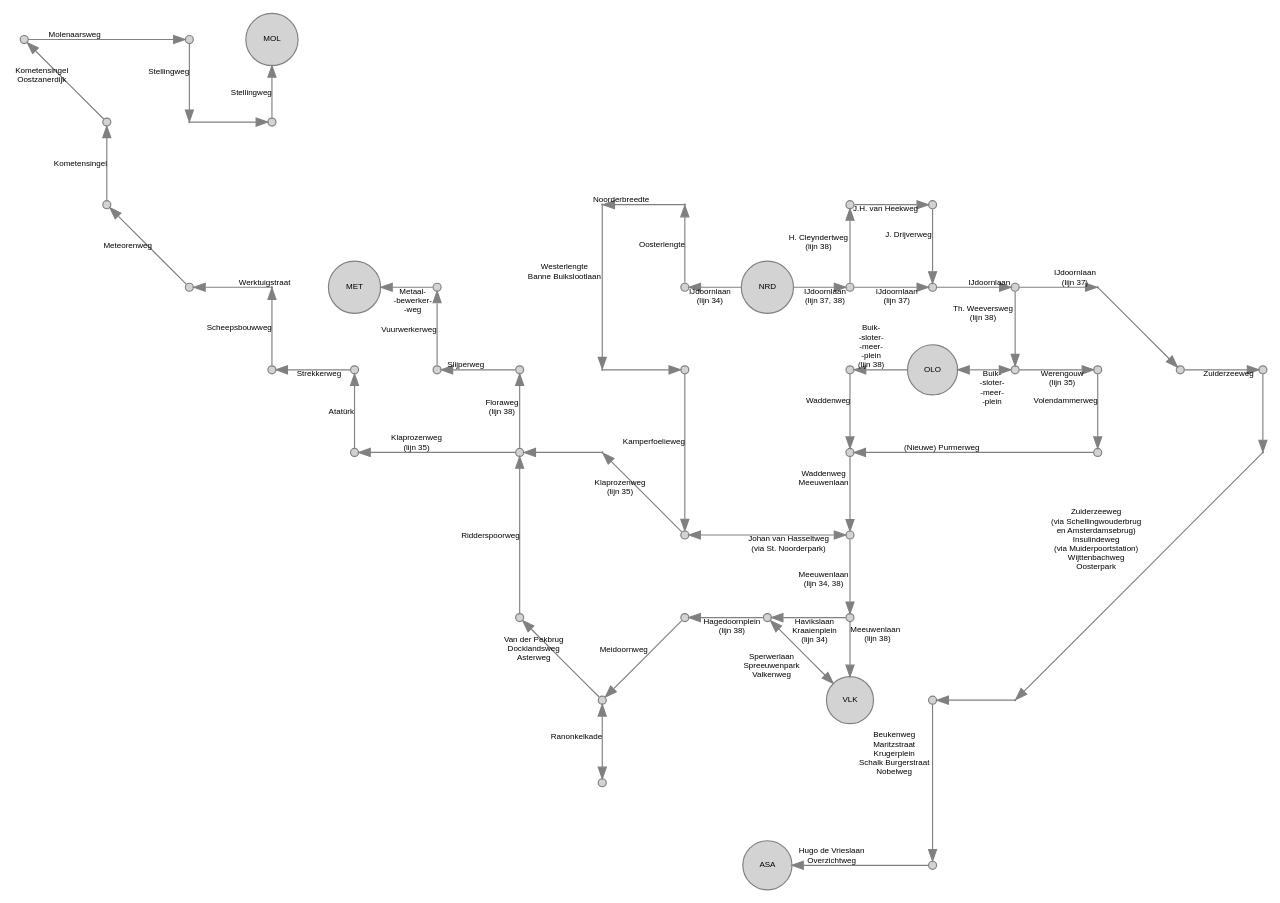
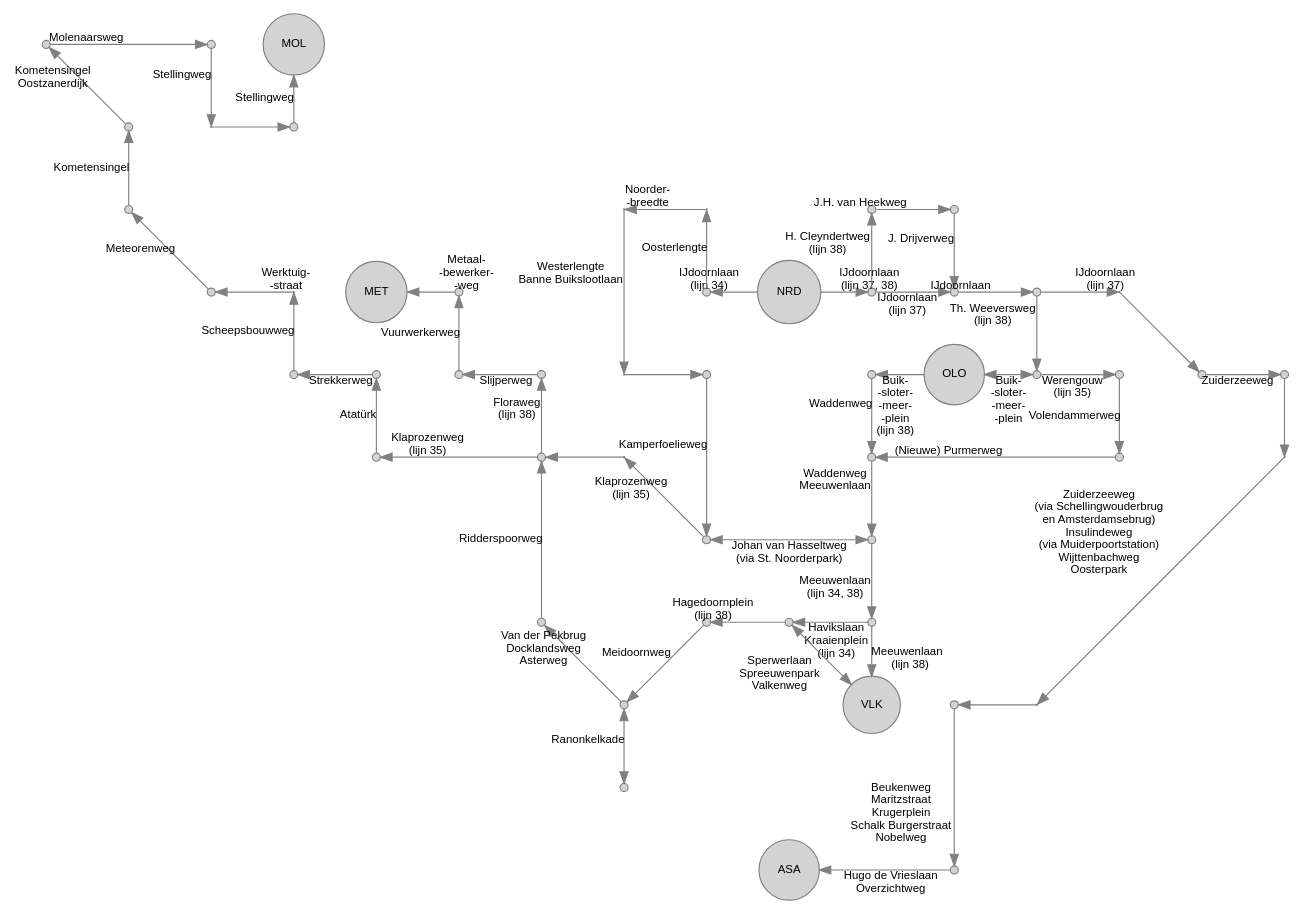
Before and after one commit to JacekPardyak/bus: the diagram in gvb/NRD.gv, drawn with Graphviz. The commit also changed 10 other files, not shown here.

```diff
--- a/gvb/NRD.gv
+++ b/gvb/NRD.gv
@@ -1,170 +1,172 @@
 digraph G {
   layout = neato
-  node [shape = circle, style = filled, fillcolor = lightgray, color=gray, height=0.1, label = "", fontsize = 7, fontname = "Arial"]
-  edge [color=gray, fontsize = 7, fontname = "Arial"]
+  node [shape = circle, style = filled, fillcolor = lightgray, color=gray, height=0.1, label = "", fontsize = 10, fontname = "Arial"]
+  edge [color=gray, fontsize = 10, fontname = "Arial"]
 
   3400 [pos = " 0, 0!", label = "NRD"]
   3401 [pos = "-1, 0!"]
   3402 [pos = "-1, 1!", height=0.01]
   3403 [pos = "-2, 1!", height=0.01]
   3404 [pos = "-2,-1!", height=0.01]
   3405 [pos = "-1,-1!"]
   3406 [pos = "-1,-3!"]
   3407 [pos = " 1,-3!"]
   3408 [pos = " 1,-4!"]
   3409 [pos = " 0,-4!"]
   3410 [pos = " 1,-5!", label = "VLK"]
 
   3501 [pos = " 2,-1!", label = "OLO"]
   3502 [pos = " 3,-1!"]
   3503 [pos = " 4,-1!"]
   3504 [pos = " 4,-2!"]
   3505 [pos = " 1,-2!"]
   3506 [pos = "-2,-2!", height=0.01]
   3507 [pos = "-3,-2!"]
   3508 [pos = "-5,-2!"]
   3509 [pos = "-5,-1!"]
   3510 [pos = "-6,-1!"]
   3511 [pos = "-6, 0!", height=0.01]
   3512 [pos = "-7, 0!"]
   3513 [pos = "-8, 1!"]
   3514 [pos = "-8, 2!"]
   3515 [pos = "-9, 3!"]
   3516 [pos = "-7, 3!"]
   3517 [pos = "-7, 2!", height=0.01]
   3518 [pos = "-6, 2!"]
   3519 [pos = "-6, 3!", label = "MOL"]
   
   3700 [pos = " 3, 0!"]
   3701 [pos = " 4, 0!", height=0.01]
   3702 [pos = " 5,-1!"]
   3703 [pos = " 6,-1!"]
   3704 [pos = " 6,-2!", height=0.01]
   
   3706 [pos = " 3, -5!", height=0.01]
   3707 [pos = " 2, -5!"]
   3708 [pos = " 2, -7!"]
   3710 [pos = " 0, -7!", label = "ASA"]  
   
   
   3801 [pos = " 1, 0!"]
   3802 [pos = " 1, 1!"]
   3803 [pos = " 2, 1!"]
   3804 [pos = " 2, 0!"]
   3805 [pos = " 1,-1!"]
   3806 [pos = "-1,-4!"]
   3807 [pos = "-2,-5!"]
   3808 [pos = "-2,-6!"]
   3809 [pos = "-3,-4!"]
   3810 [pos = "-3,-1!"]
   3811 [pos = "-4,-1!"]
   3812 [pos = "-4, 0!"]
   3813 [pos = "-5, 0!", label = "MET"]
   
   3400 -> 3401 [label = "IJdoornlaan 
  (lijn 34)"]
   3401 -> 3402 [label = "Oosterlengte"]
-  3402 -> 3403 [label = "Noorderbreedte"]
+  3402 -> 3403 [label = "Noorder- 
+ -breedte"]
   3403 -> 3404 [label = "Westerlengte 
  Banne Buikslootlaan"]
   3404 -> 3405 [label = ""]
   3405 -> 3406 [label = "Kamperfoelieweg"]
   3406 -> 3407 [dir = "both", label = "Johan van Hasseltweg 
  (via St. Noorderpark)"]
   3407 -> 3408 [label = "Meeuwenlaan 
  (lijn 34, 38)"]
   3408 -> 3409 [label = "Havikslaan 
  Kraaienplein 
  (lijn 34)"]
   3409 -> 3410 [dir = "both", label = "Sperwerlaan 
  Spreeuwenpark 
  Valkenweg"]
   3409 -> 3806 [label = "Hagedoornplein 
  (lijn 38)"]
   3408 -> 3410 [label = "Meeuwenlaan  
  (lijn 38)"]
   
   3400 -> 3801 [label = "IJdoornlaan 
  (lijn 37, 38)"]
   3700 -> 3502 [label = "Th. Weeversweg 
  (lijn 38)"]
   3502 -> 3503 [label = "Werengouw 
  (lijn 35)"]
   3503 -> 3504 [label = "Volendammerweg"]
   3504 -> 3505 [label = "(Nieuwe) Purmerweg"]
   
   3505 -> 3407 [label = "Waddenweg 
  Meeuwenlaan"]
   3406 -> 3506 [label = "Klaprozenweg 
  (lijn 35)"]
   3506 -> 3507 [label = ""]
   3507 -> 3508 [label = "Klaprozenweg 
  (lijn 35)"]
   3508 -> 3509 [label = "Atatürk"]
   3509 -> 3510 [label = "Strekkerweg"]
   3510 -> 3511 [label = "Scheepsbouwweg"]
-  3511 -> 3512 [label = "Werktuigstraat"]
+  3511 -> 3512 [label = "Werktuig- 
+ -straat"]
   3512 -> 3513 [label = "Meteorenweg"]
   3513 -> 3514 [label = "Kometensingel"]
   3514 -> 3515 [label = "Kometensingel 
  Oostzanerdijk"]
   3515 -> 3516 [label = "Molenaarsweg"]
   3516 -> 3517 [label = "Stellingweg"]
   3517 -> 3518 [label = ""]
   3518 -> 3519 [label = "Stellingweg"]
   
   3700 -> 3701 [label = "IJdoornlaan 
  (lijn 37)"]
   3701 -> 3702 [label = ""]
   3702 -> 3703 [label = "Zuiderzeeweg"]
   3703 -> 3704 [label = ""]
   
   3704 -> 3706 [label = "Zuiderzeeweg 
  (via Schellingwouderbrug 
  en Amsterdamsebrug) 
  Insulindeweg 
  (via Muiderpoortstation) 
  Wijttenbachweg 
  Oosterpark"]
   3706 -> 3707 [label = ""]
   3707 -> 3708 [label = "Beukenweg 
  Maritzstraat 
  Krugerplein 
  Schalk Burgerstraat 
  Nobelweg"]
   3708 -> 3710 [label = "Hugo de Vrieslaan 
  Overzichtweg"]
 
   
   
   3801 -> 3804 [label = "IJdoornlaan 
  (lijn 37)"]
   3801 -> 3802 [label = "H. Cleyndertweg 
  (lijn 38)"]
   3802 -> 3803 [label = "J.H. van Heekweg"]
   3803 -> 3804 [label = "J. Drijverweg"]
   3804 -> 3700 [label = "IJdoornlaan"]
   3501 -> 3805 [label = "Buik- 
  -sloter- 
  -meer- 
  -plein 
  (lijn 38)"]
   3501 -> 3502 [dir = "both", label = "Buik- 
  -sloter- 
  -meer- 
  -plein"]
   3805 -> 3505 [label = "Waddenweg"]
   3806 -> 3807 [label = "Meidoornweg"]
   3807 -> 3808 [dir = "both", label = "Ranonkelkade"]
   3807 -> 3809 [label = "Van der Pekbrug 
  Docklandsweg 
  Asterweg"]
   3809 -> 3507 [label = "Ridderspoorweg"]
   3507 -> 3810 [label = "Floraweg 
  (lijn 38)"]
   3810 -> 3811 [label = "Slijperweg"]
   3811 -> 3812 [label = "Vuurwerkerweg"]
   3812 -> 3813 [label = "Metaal- 
  -bewerker- 
  -weg"]
 }
```
